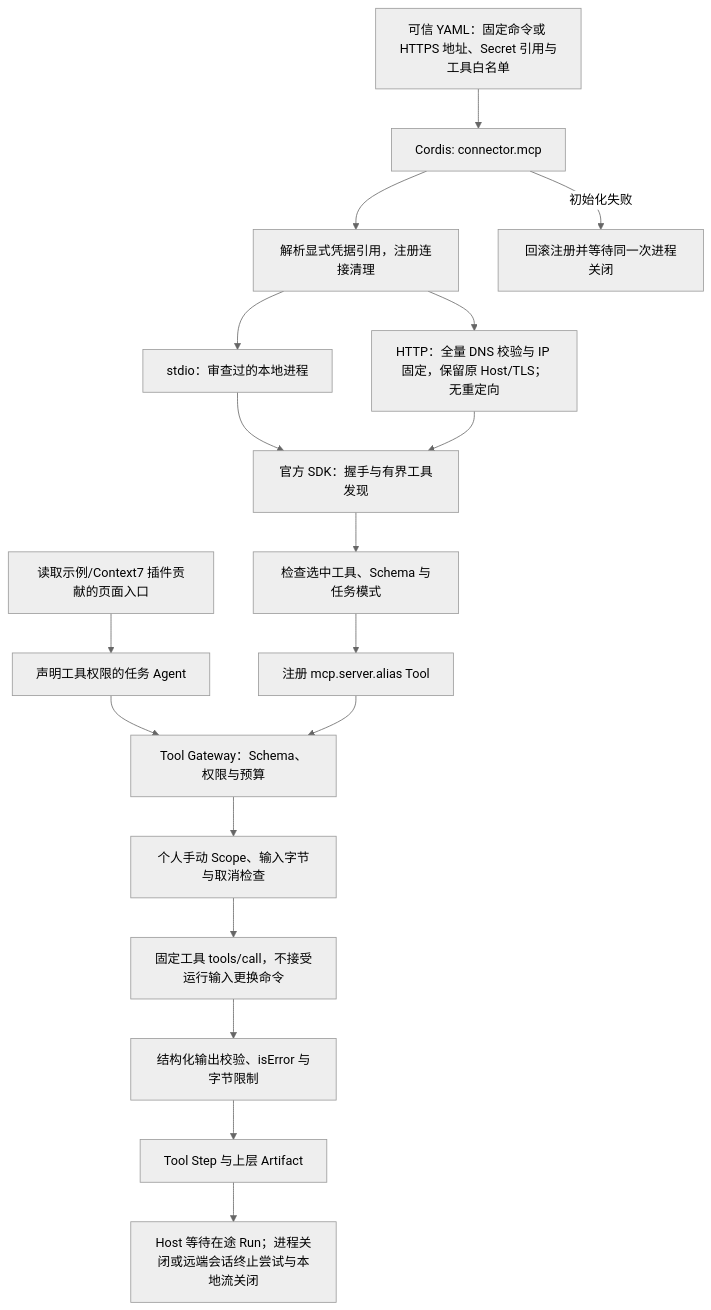
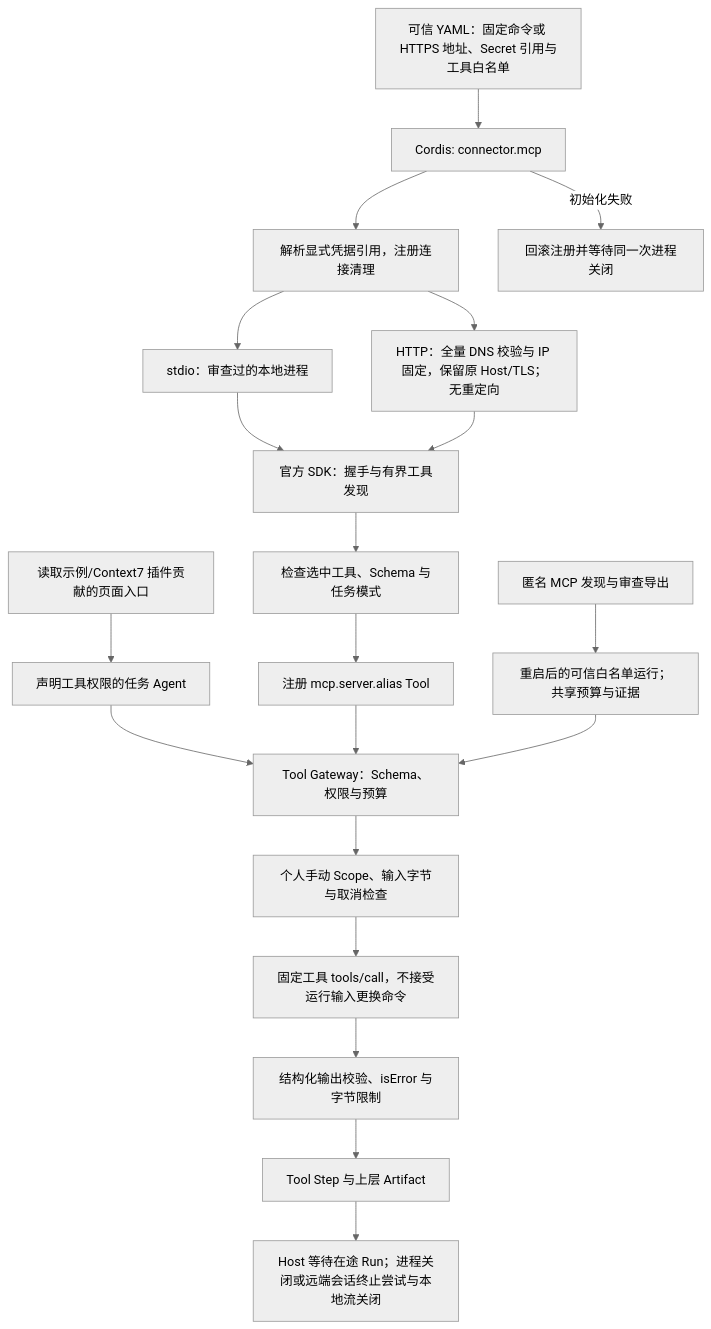
The diagram in backend/src/connectors/mcp/FEATURE.md (KlayPeter/AI-Delivery-Ops-Agent), drawn with Mermaid (neutral theme) before and after one commit. The commit also changed other lines of this file and 30 other files, not shown here.

````diff
--- a/backend/src/connectors/mcp/FEATURE.md
+++ b/backend/src/connectors/mcp/FEATURE.md
@@ -21,20 +21,22 @@
 ```mermaid
 flowchart TD
     C[可信 YAML：固定命令或 HTTPS 地址、Secret 引用与工具白名单] --> P[Cordis: connector.mcp]
     P --> E[解析显式凭据引用，注册连接清理]
     E --> STDIO[stdio：审查过的本地进程]
     E --> HTTP[HTTP：全量 DNS 校验与 IP 固定，保留原 Host/TLS；无重定向]
     STDIO --> S[官方 SDK：握手与有界工具发现]
     HTTP --> S
     S --> V[检查选中工具、Schema 与任务模式]
     V --> R[注册 mcp.server.alias Tool]
     NAV[读取示例/Context7 插件贡献的页面入口] --> A[声明工具权限的任务 Agent]
     A --> G[Tool Gateway：Schema、权限与预算]
     R --> G
     G --> B[个人手动 Scope、输入字节与取消检查]
     B --> CALL[固定工具 tools/call，不接受运行输入更换命令]
     CALL --> OUT[结构化输出校验、isError 与字节限制]
     OUT --> T[Tool Step 与上层 Artifact]
     P -- 初始化失败 --> X[回滚注册并等待同一次进程关闭]
     T --> STOP[Host 等待在途 Run；进程关闭或远端会话终止尝试与本地流关闭]
+    MCPSETUP[匿名 MCP 发现与审查导出] --> MCPRUN[重启后的可信白名单运行；共享预算与证据]
+    MCPRUN --> G
 ```
````
